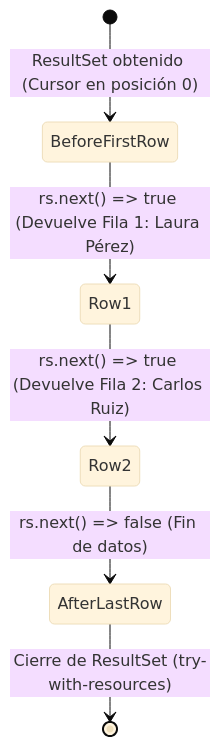
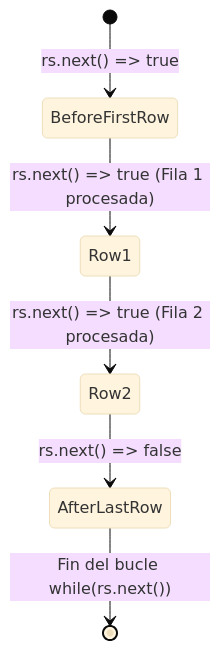
Before and after one commit to fencgut961/AAD_26_27: the seventh of 14 diagrams in RA2/ra2-manejor-conectores.md, drawn with Mermaid (base theme). The commit also changed other lines of this file, not shown here.

````diff
--- a/RA2/ra2-manejor-conectores.md
+++ b/RA2/ra2-manejor-conectores.md
@@ -389,8 +386,8 @@
 ```mermaid
 stateDiagram-v2
-    [*] --> BeforeFirstRow: ResultSet obtenido (Cursor en posición 0)
-    BeforeFirstRow --> Row1: rs.next() => true (Devuelve Fila 1: Laura Pérez)
-    Row1 --> Row2: rs.next() => true (Devuelve Fila 2: Carlos Ruiz)
-    Row2 --> AfterLastRow: rs.next() => false (Fin de datos)
-    AfterLastRow --> [*]: Cierre de ResultSet (try-with-resources)
+    [*] --> BeforeFirstRow: rs.next() => true
+    BeforeFirstRow --> Row1: rs.next() => true (Fila 1 procesada)
+    Row1 --> Row2: rs.next() => true (Fila 2 procesada)
+    Row2 --> AfterLastRow: rs.next() => false
+    AfterLastRow --> [*]: Fin del bucle while(rs.next())
 ```
````
